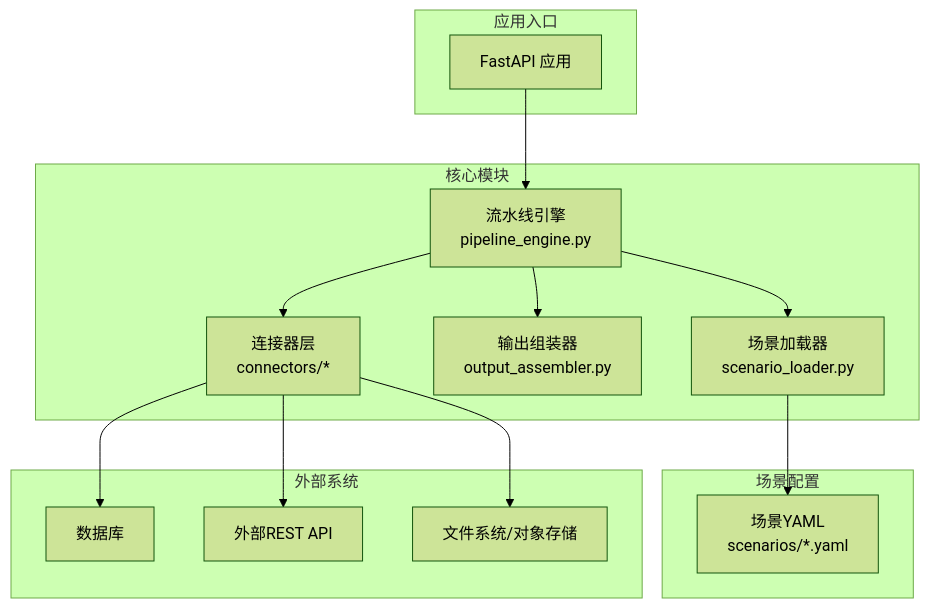
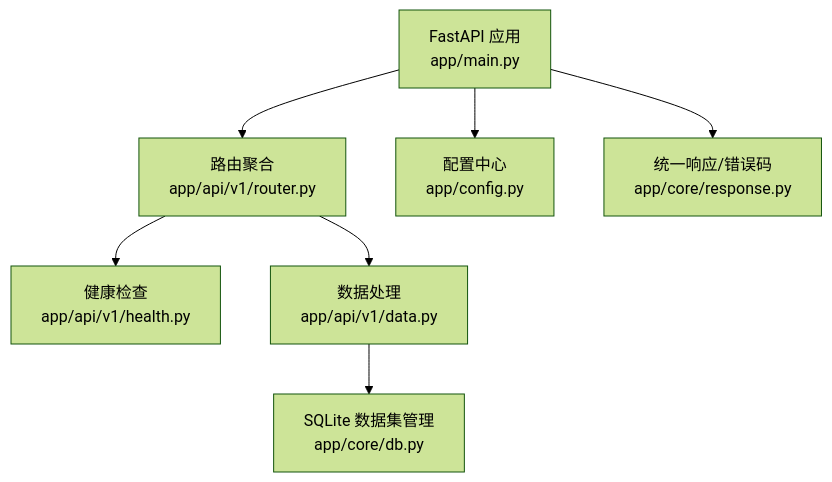
Before and after one commit to liang996plus/qoder_cn: the first of 4 diagrams in .qoder/repowiki/zh/content/快速开始.md, drawn with Mermaid (forest theme). The commit also changed other lines of this file and 100 other files, not shown here.

````diff
--- a/.qoder/repowiki/zh/content/快速开始.md
+++ b/.qoder/repowiki/zh/content/快速开始.md
@@ -32,28 +47,9 @@
 ```mermaid
 graph TB
-subgraph "应用入口"
-API["FastAPI 应用"]
-end
-subgraph "核心模块"
-PIPE["流水线引擎<br/>pipeline_engine.py"]
-SCEN["场景加载器<br/>scenario_loader.py"]
-OUT["输出组装器<br/>output_assembler.py"]
-CONN["连接器层<br/>connectors/*"]
-end
-subgraph "场景配置"
-YML["场景YAML<br/>scenarios/*.yaml"]
-end
-subgraph "外部系统"
-DB["数据库"]
-REST["外部REST API"]
-FS["文件系统/对象存储"]
-end
-API --> PIPE
-PIPE --> SCEN
-PIPE --> OUT
-PIPE --> CONN
-SCEN --> YML
-CONN --> DB
-CONN --> REST
-CONN --> FS
+A["FastAPI 应用<br/>app/main.py"] --> B["路由聚合<br/>app/api/v1/router.py"]
+B --> C["健康检查<br/>app/api/v1/health.py"]
+B --> D["数据处理<br/>app/api/v1/data.py"]
+D --> E["SQLite 数据集管理<br/>app/core/db.py"]
+A --> F["配置中心<br/>app/config.py"]
+A --> G["统一响应/错误码<br/>app/core/response.py"]
 ```
````
